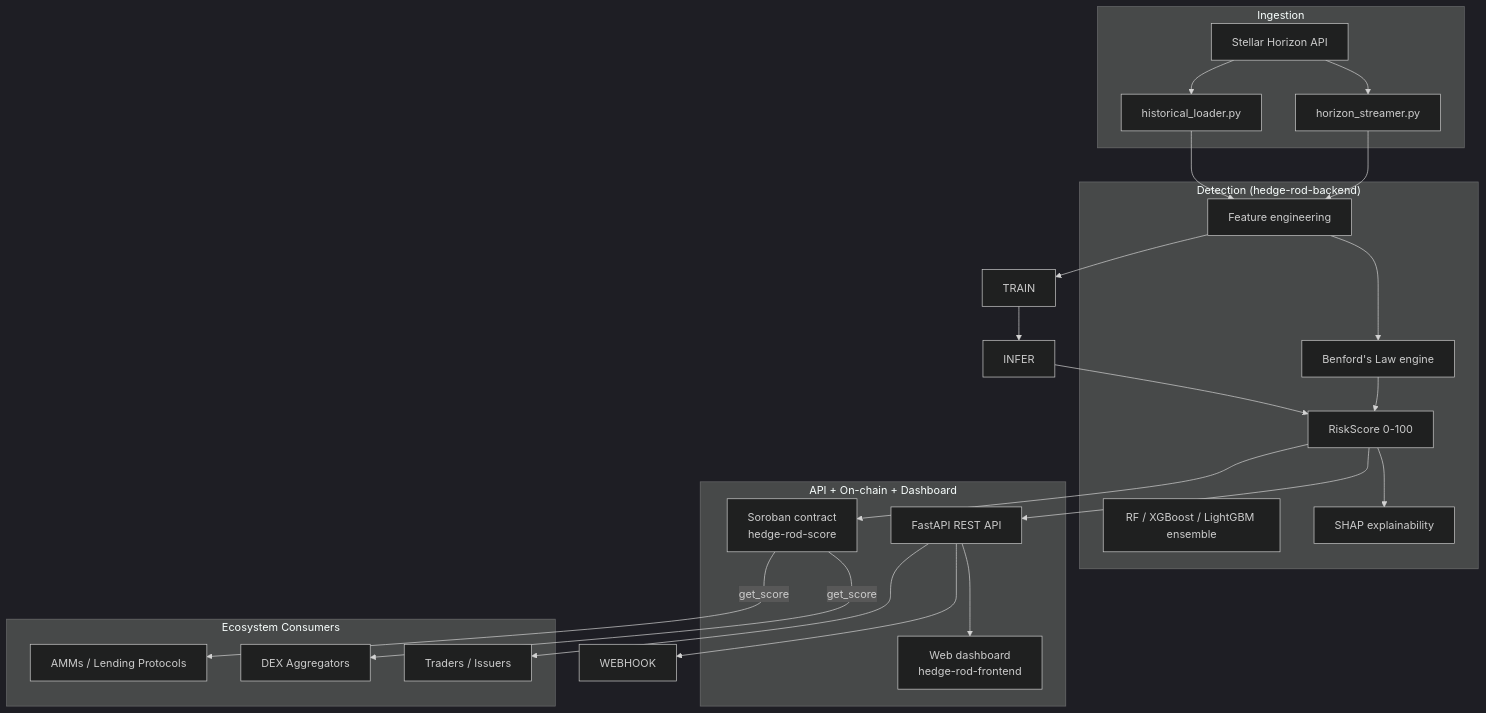
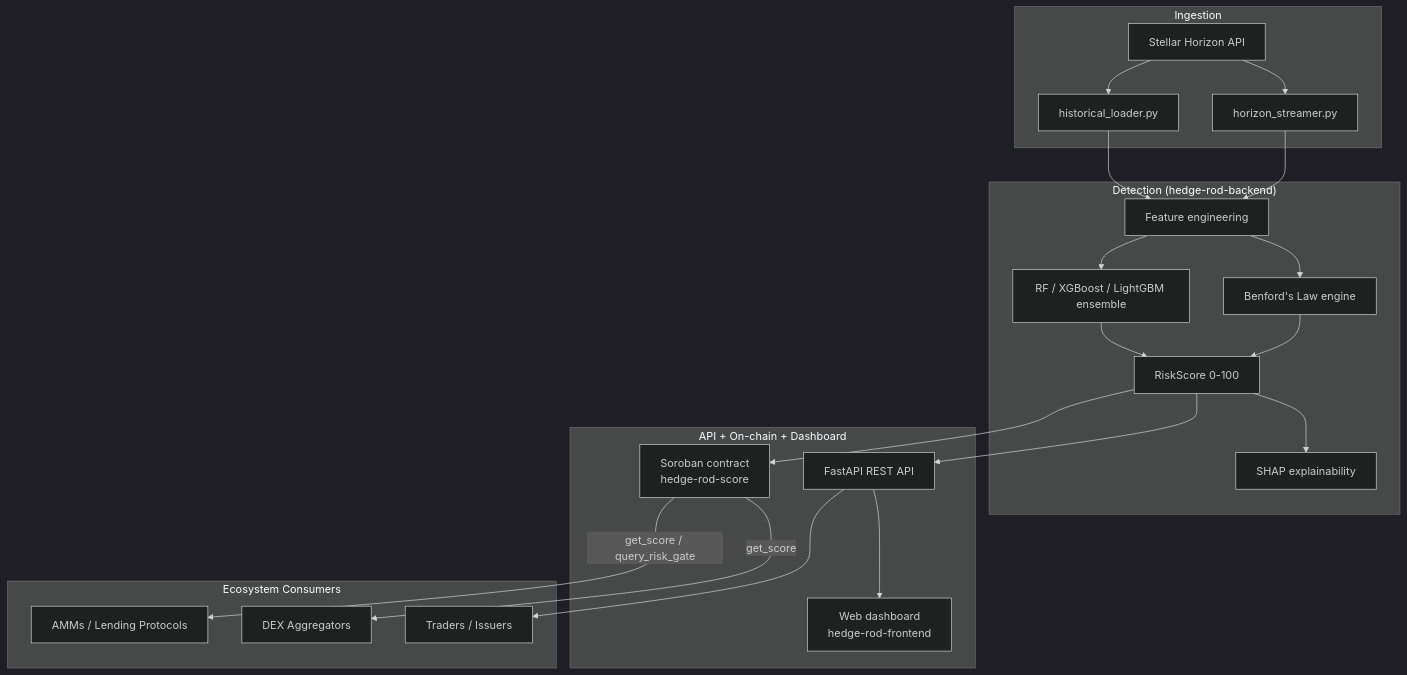
One commit to HEDGE-ROD/.github changed the diagram in profile/README.md. Above: the diagram before and after it, drawn with Mermaid (dark theme). The commit also changed other lines of this file, not shown here.

````diff
--- a/profile/README.md
+++ b/profile/README.md
@@ -55,46 +55,40 @@
 ```mermaid
 graph TB
     subgraph Ingestion["Ingestion"]
         HOR[Stellar Horizon API]
         STREAM[horizon_streamer.py]
         HIST[historical_loader.py]
     end
 
     subgraph Detection["Detection (hedge-rod-backend)"]
         BENF[Benford's Law engine]
         FEAT[Feature engineering]
         ML[RF / XGBoost / LightGBM ensemble]
         SHAP[SHAP explainability]
         SCORE[RiskScore 0-100]
     end
 
     subgraph Output["API + On-chain + Dashboard"]
         API[FastAPI REST API]
         CONTRACT[Soroban contract\nhedge-rod-score]
         DASH[Web dashboard\nhedge-rod-frontend]
     end
 
     subgraph Consumers["Ecosystem Consumers"]
         AMM[AMMs / Lending Protocols]
         AGG[DEX Aggregators]
         USERS[Traders / Issuers]
     end
 
-    HOR --> STREAM
-    HOR --> HIST
-    STREAM --> FEAT
-    HIST --> FEAT
-    FEAT --> BENF
-    FEAT --> TRAIN
-    TRAIN --> INFER
-    BENF --> SCORE
-    INFER --> SCORE
+    HOR --> STREAM --> FEAT
+    HOR --> HIST --> FEAT
+    FEAT --> BENF --> SCORE
+    FEAT --> ML --> SCORE
     SCORE --> SHAP
+    SCORE --> API
     SCORE --> CONTRACT
-    SCORE --> API
     API --> DASH
-    API --> WEBHOOK
-    CONTRACT -->|get_score| AMM
+    CONTRACT -->|get_score / query_risk_gate| AMM
     CONTRACT -->|get_score| AGG
     API --> USERS
 ```
````
